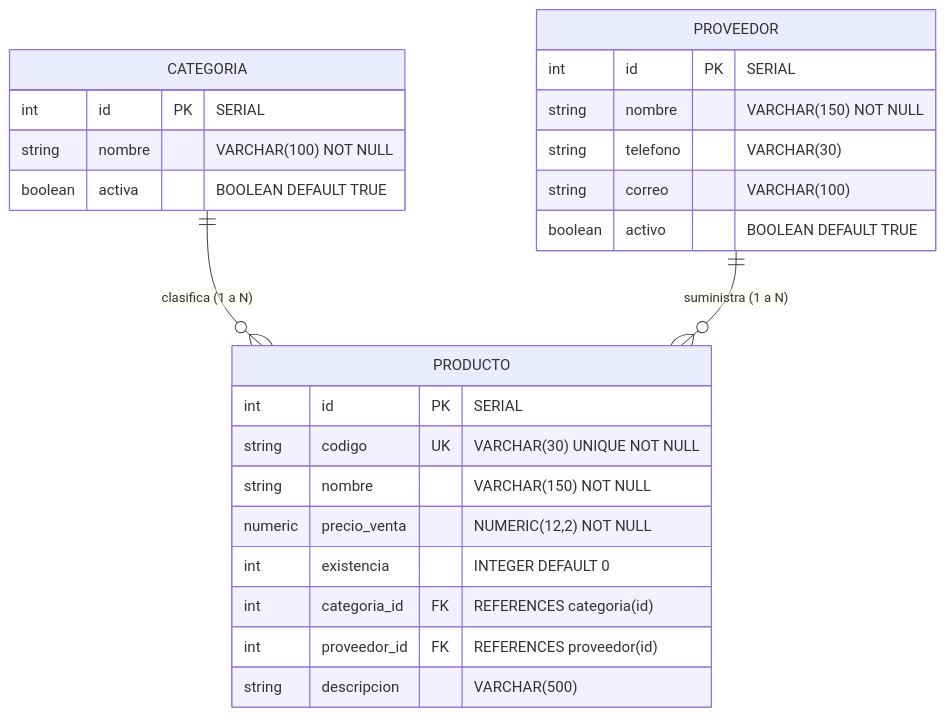
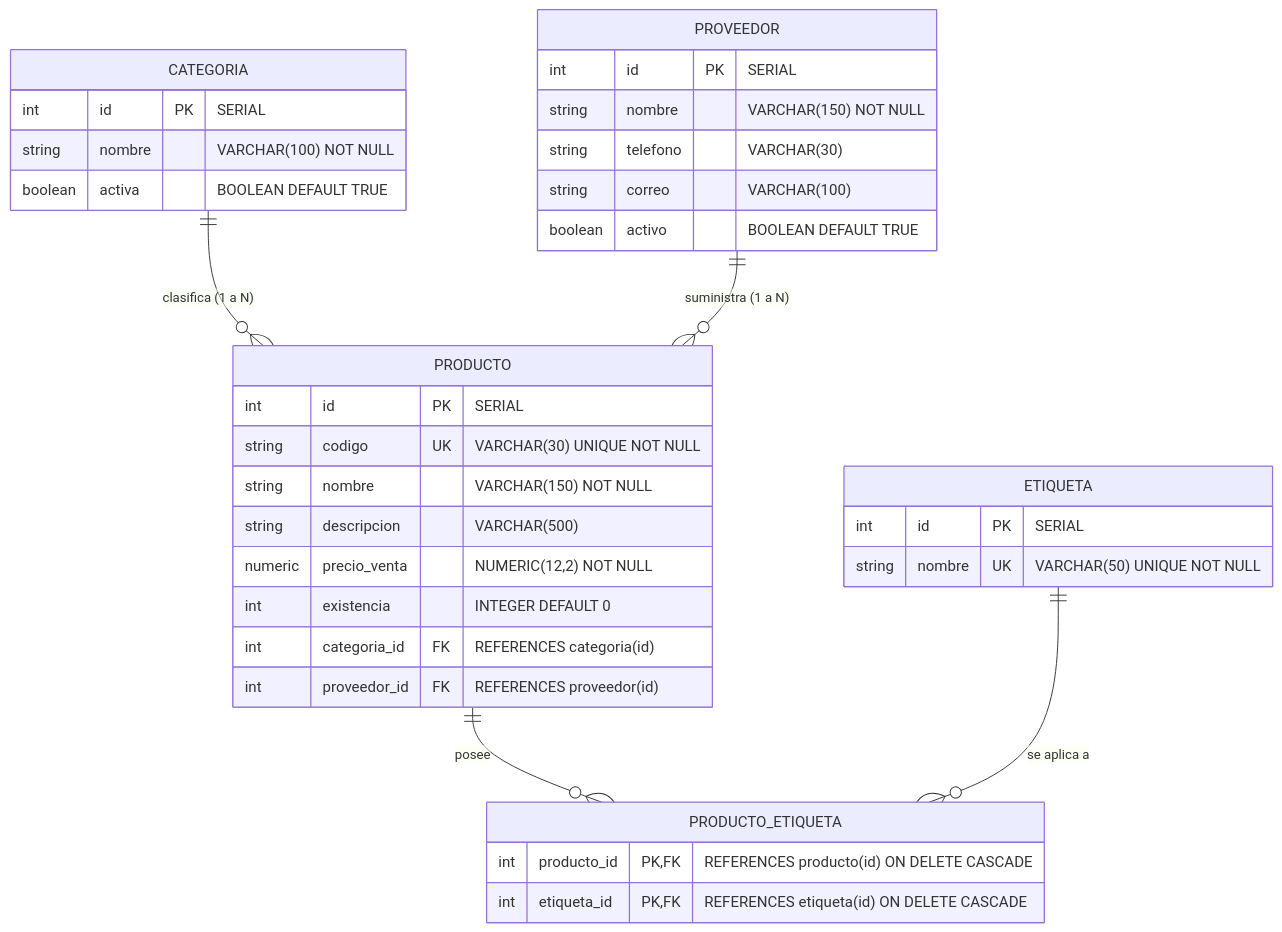
The diagram in DOCUMENTO_ENTREGA.md (EveresJJ/Pr-ctica-guiada---Persistencia-y-relaciones-con-Spring-Data-JPA-Javier-Espinoza), drawn with Mermaid before and after one commit. The commit also changed other lines of this file and 13 other files, not shown here.

````diff
--- a/DOCUMENTO_ENTREGA.md
+++ b/DOCUMENTO_ENTREGA.md
@@ -406,30 +83,42 @@
 ```mermaid
 erDiagram
     CATEGORIA ||--o{ PRODUCTO : "clasifica (1 a N)"
     PROVEEDOR ||--o{ PRODUCTO : "suministra (1 a N)"
+    PRODUCTO ||--o{ PRODUCTO_ETIQUETA : "posee"
+    ETIQUETA ||--o{ PRODUCTO_ETIQUETA : "se aplica a"
 
     CATEGORIA {
         int id PK "SERIAL"
         string nombre "VARCHAR(100) NOT NULL"
         boolean activa "BOOLEAN DEFAULT TRUE"
     }
 
     PROVEEDOR {
         int id PK "SERIAL"
         string nombre "VARCHAR(150) NOT NULL"
         string telefono "VARCHAR(30)"
         string correo "VARCHAR(100)"
         boolean activo "BOOLEAN DEFAULT TRUE"
     }
 
     PRODUCTO {
         int id PK "SERIAL"
         string codigo UK "VARCHAR(30) UNIQUE NOT NULL"
         string nombre "VARCHAR(150) NOT NULL"
+        string descripcion "VARCHAR(500)"
         numeric precio_venta "NUMERIC(12,2) NOT NULL"
         int existencia "INTEGER DEFAULT 0"
         int categoria_id FK "REFERENCES categoria(id)"
         int proveedor_id FK "REFERENCES proveedor(id)"
-        string descripcion "VARCHAR(500)"
+    }
+
+    ETIQUETA {
+        int id PK "SERIAL"
+        string nombre UK "VARCHAR(50) UNIQUE NOT NULL"
+    }
+
+    PRODUCTO_ETIQUETA {
+        int producto_id PK,FK "REFERENCES producto(id) ON DELETE CASCADE"
+        int etiqueta_id PK,FK "REFERENCES etiqueta(id) ON DELETE CASCADE"
     }
 ```
````
